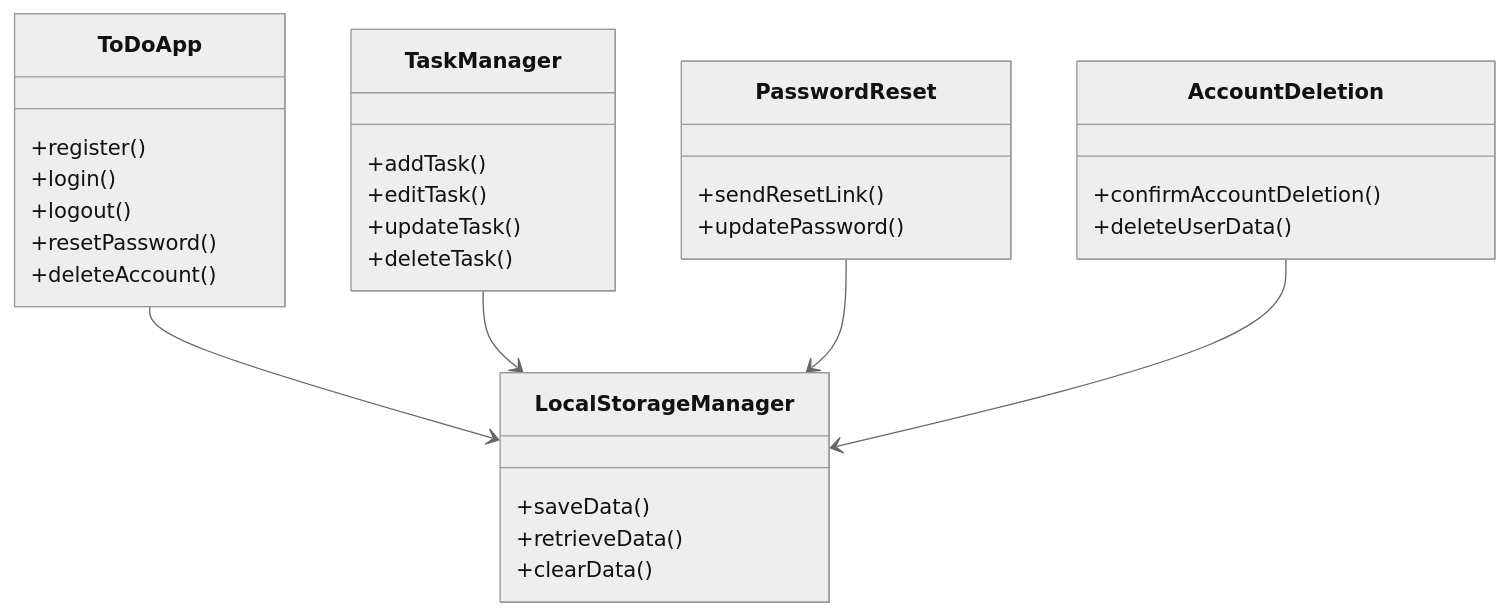
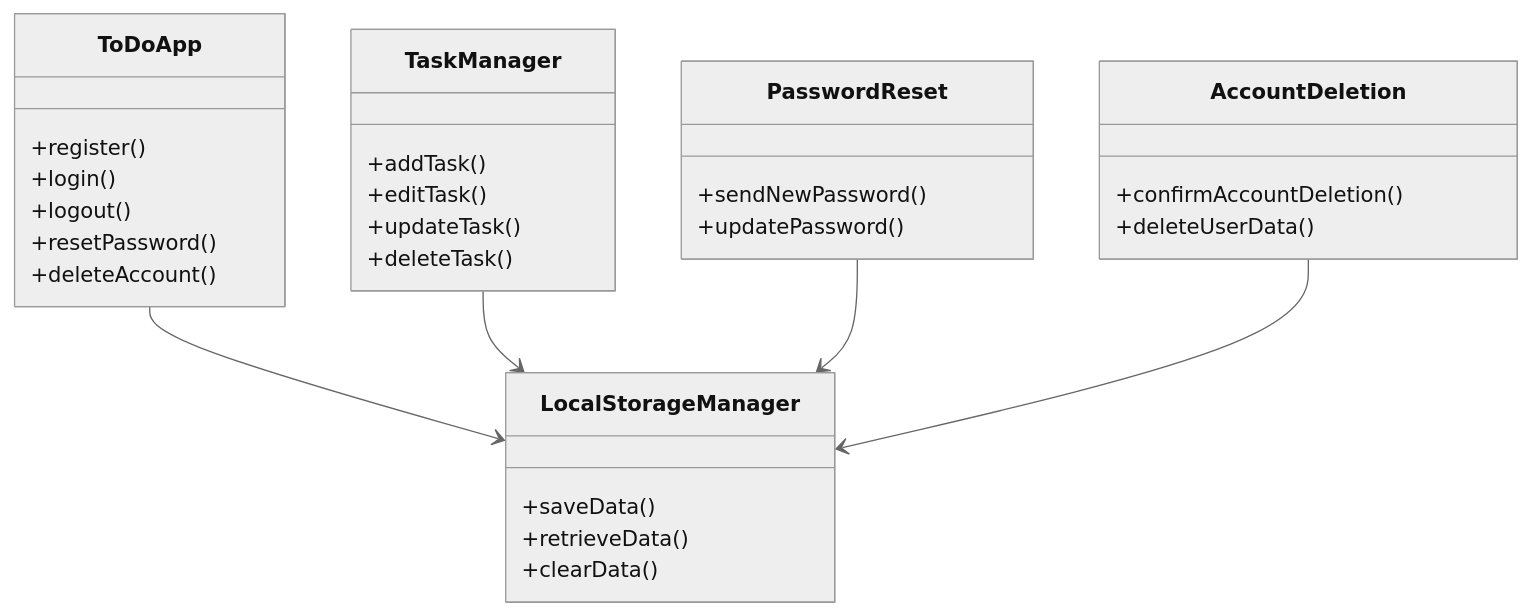
The fourth of 4 diagrams in ARCHITECTURE.md (Gogi2016/ToDoApp), drawn with Mermaid (neutral theme) before and after one commit.

````diff
--- a/ARCHITECTURE.md
+++ b/ARCHITECTURE.md
@@ -102,33 +102,33 @@
 ``` mermaid
 classDiagram
   class ToDoApp {
     +register()
     +login()
     +logout()
     +resetPassword()
     +deleteAccount()
   }
   class TaskManager {
     +addTask()
     +editTask()
     +updateTask()
     +deleteTask()
   }
   class PasswordReset {
-    +sendResetLink()
+    +sendNewPassword()
     +updatePassword()
   }
   class AccountDeletion {
     +confirmAccountDeletion()
     +deleteUserData()
   }
   class LocalStorageManager {
     +saveData()
     +retrieveData()
     +clearData()
   }
   ToDoApp --> LocalStorageManager
   TaskManager --> LocalStorageManager
   PasswordReset --> LocalStorageManager
   AccountDeletion --> LocalStorageManager
   ```
````
